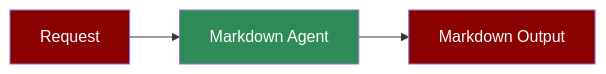
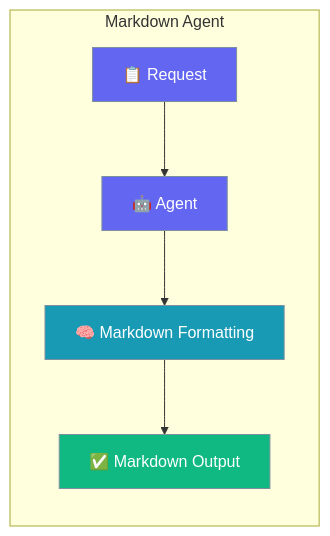
One commit to MervinPraison/PraisonAIDocs changed the first of 2 diagrams in docs/agents/markdown.mdx. Above: the diagram before and after it, drawn with Mermaid. The commit also changed other lines of this file and 2 other files, not shown here.

Commit message:
docs: AGENTS.md compliance for image-to-text, markdown, planning agents (#1733)

````diff
--- a/docs/agents/markdown.mdx
+++ b/docs/agents/markdown.mdx
@@ -8,9 +21,16 @@
 ```mermaid
-flowchart LR
-    In[Request] --> Agent[Markdown Agent]
-    Agent --> Out[Markdown Output]
-    
-    style In fill:#8B0000,color:#fff
-    style Agent fill:#2E8B57,color:#fff
-    style Out fill:#8B0000,color:#fff
+graph LR
+    subgraph "Markdown Agent"
+        User[📋 Request] --> Agent[🤖 Agent]
+        Agent --> Format[🧠 Markdown Formatting]
+        Format --> Result[✅ Markdown Output]
+    end
+
+    classDef input fill:#6366F1,stroke:#7C90A0,color:#fff
+    classDef process fill:#189AB4,stroke:#7C90A0,color:#fff
+    classDef output fill:#10B981,stroke:#7C90A0,color:#fff
+
+    class User,Agent input
+    class Format process
+    class Result output
 ```
````
